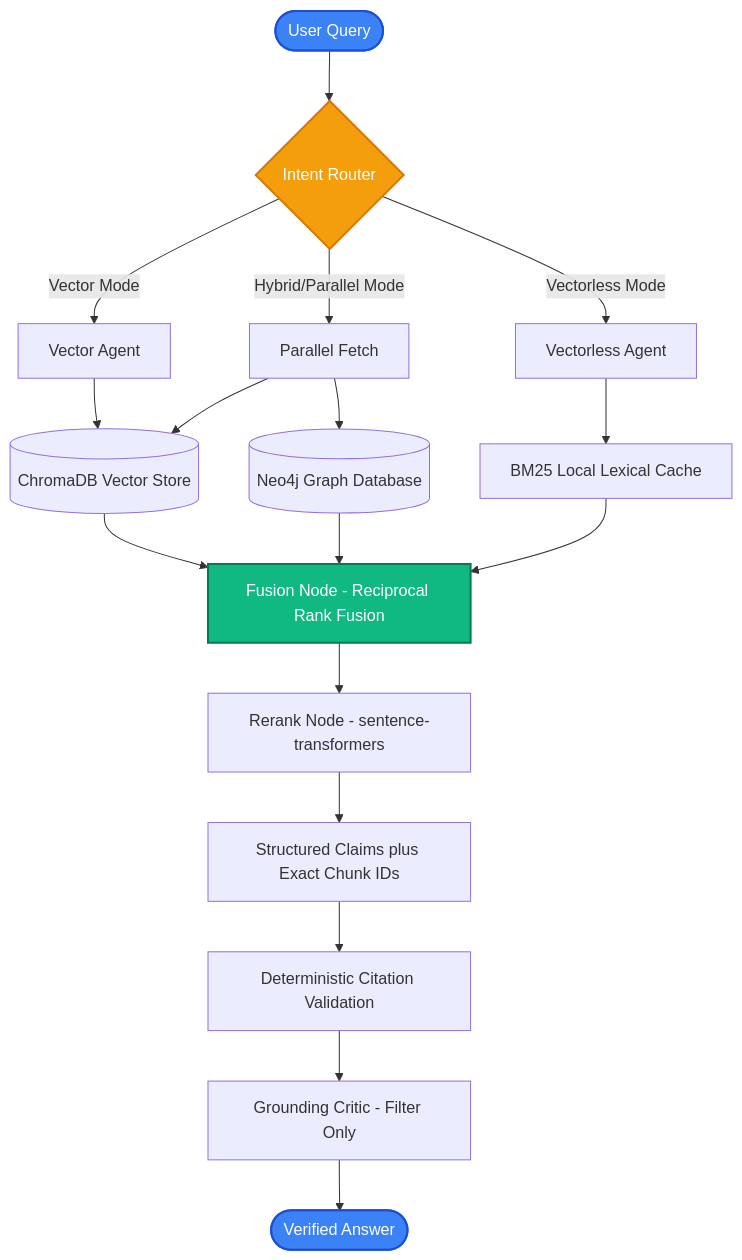
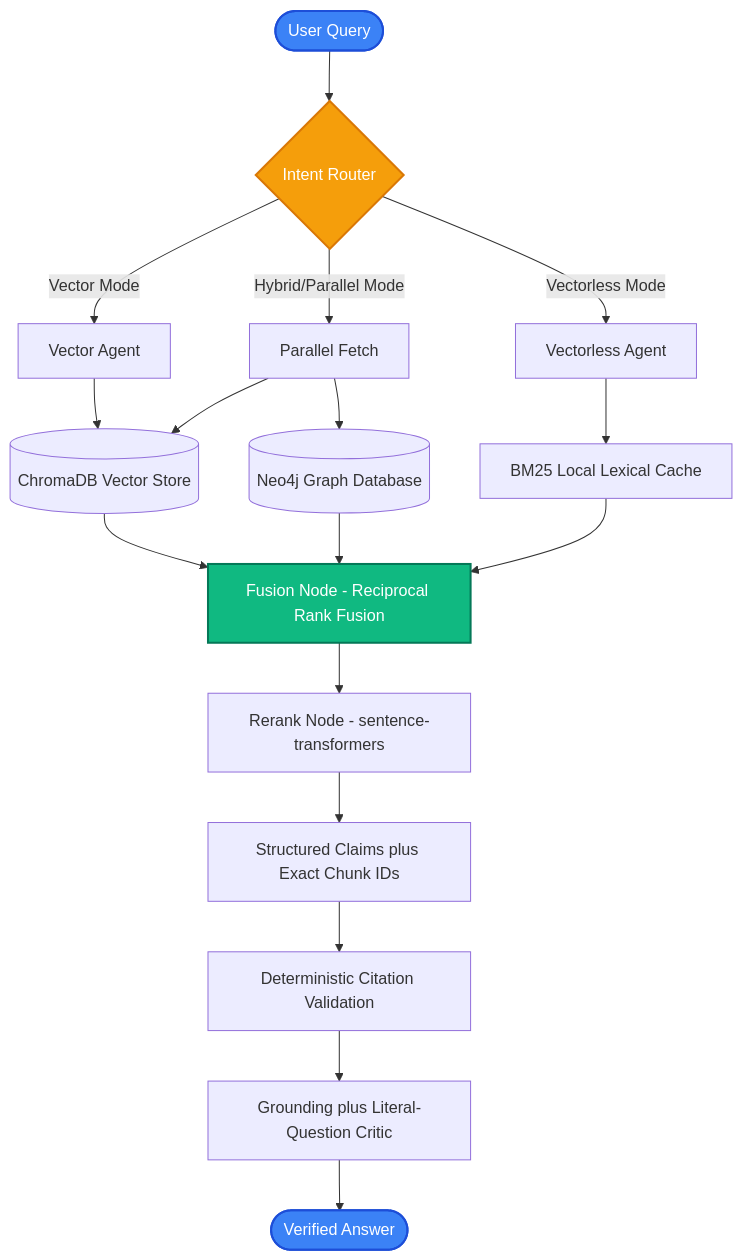
The second of 2 diagrams in README.md (Senthilsivam41/kinegraph-v), drawn with Mermaid before and after one commit. The commit also changed other lines of this file and 7 other files, not shown here.

````diff
--- a/README.md
+++ b/README.md
@@ -190,30 +190,30 @@
 ```mermaid
 graph TD
     User([User Query]) --> Router{Intent Router}
     
     Router -->|Vector Mode| VA[Vector Agent]
     Router -->|Hybrid/Parallel Mode| PF[Parallel Fetch]
     Router -->|Vectorless Mode| VLA[Vectorless Agent]
     
     VA --> Chroma[(ChromaDB Vector Store)]
     
     PF --> Chroma
     PF --> Neo4j[(Neo4j Graph Database)]
     
     VLA --> Lexical[BM25 Local Lexical Cache]
     
     Chroma --> Fusion[Fusion Node - Reciprocal Rank Fusion]
     Neo4j --> Fusion
     Lexical --> Fusion
     
     Fusion --> Rerank[Rerank Node - sentence-transformers]
     Rerank --> Generate[Structured Claims plus Exact Chunk IDs]
     Generate --> Validate[Deterministic Citation Validation]
-    Validate --> Critic[Grounding Critic - Filter Only]
+    Validate --> Critic[Grounding plus Literal-Question Critic]
     Critic --> Output([Verified Answer])
     
     style User fill:#3b82f6,stroke:#1d4ed8,stroke-width:2px,color:#fff
     style Router fill:#f59e0b,stroke:#d97706,stroke-width:2px,color:#fff
     style Fusion fill:#10b981,stroke:#047857,stroke-width:2px,color:#fff
     style Output fill:#3b82f6,stroke:#1d4ed8,stroke-width:2px,color:#fff
 ```
````
